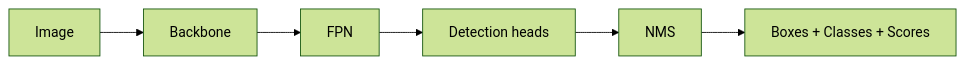
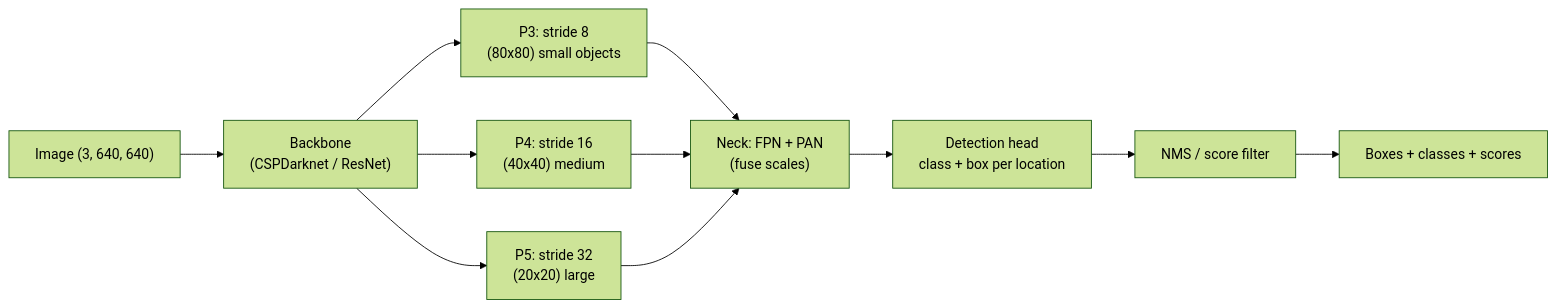
Before and after one commit to ABHIRAM3007/itp: the first of 3 diagrams in roadmap/phase-4-cv/02-object-detection.md, drawn with Mermaid (forest theme). The commit also changed other lines of this file and 16 other files, not shown here.

````diff
--- a/roadmap/phase-4-cv/02-object-detection.md
+++ b/roadmap/phase-4-cv/02-object-detection.md
@@ -71,5 +129,13 @@
 ```mermaid
 flowchart LR
-    I["Image"] --> BK["Backbone"] --> FPN --> DH["Detection heads"]
-    DH --> NMS --> B["Boxes + Classes + Scores"]
+    I["Image (3, 640, 640)"] --> BK["Backbone<br/>(CSPDarknet / ResNet)"]
+    BK --> P3["P3: stride 8<br/>(80x80) small objects"]
+    BK --> P4["P4: stride 16<br/>(40x40) medium"]
+    BK --> P5["P5: stride 32<br/>(20x20) large"]
+    P3 --> NK["Neck: FPN + PAN<br/>(fuse scales)"]
+    P4 --> NK
+    P5 --> NK
+    NK --> HD["Detection head<br/>class + box per location"]
+    HD --> NMS["NMS / score filter"]
+    NMS --> OUT["Boxes + classes + scores"]
 ```
````
